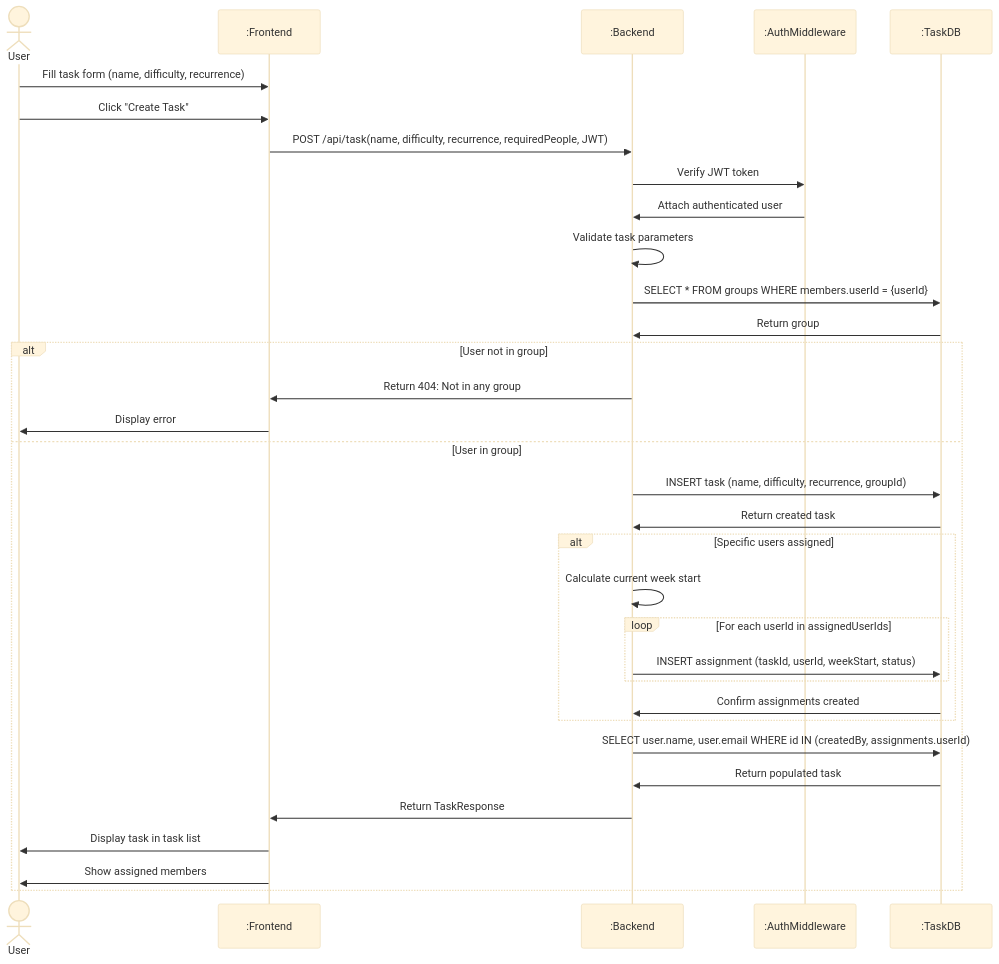
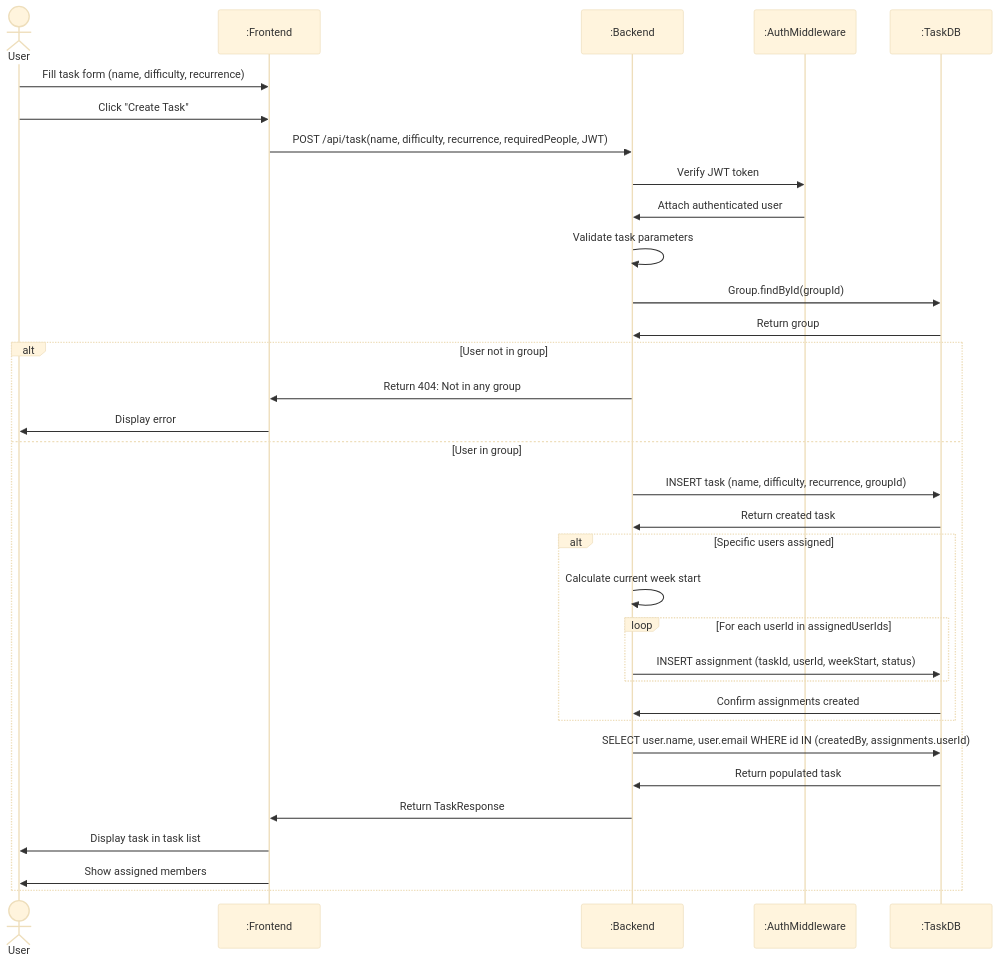
One commit to Lucas-Song-Dev/Cpen321-group-project changed the third of 4 diagrams in documentation/Requirements_and_Design.md. Above: the diagram before and after it, drawn with Mermaid (base theme). The commit also changed other lines of this file, not shown here.

````diff
--- a/documentation/Requirements_and_Design.md
+++ b/documentation/Requirements_and_Design.md
@@ -676,36 +676,36 @@
 ```mermaid
 sequenceDiagram
     actor User
     participant F as :Frontend
     participant B as :Backend
     participant M as :AuthMiddleware
     participant D as :TaskDB
 
     User->>F: Fill task form (name, difficulty, recurrence)
     User->>F: Click "Create Task"
     F->>B: POST /api/task(name, difficulty, recurrence, requiredPeople, JWT)
     B->>M: Verify JWT token
     M->>B: Attach authenticated user
     B->>B: Validate task parameters
-    B->>D: SELECT * FROM groups WHERE members.userId = {userId}
+    B->>D: Group.findById(groupId)
     D->>B: Return group
     alt User not in group
         B->>F: Return 404: Not in any group
         F->>User: Display error
     else User in group
         B->>D: INSERT task (name, difficulty, recurrence, groupId)
         D->>B: Return created task
         alt Specific users assigned
             B->>B: Calculate current week start
             loop For each userId in assignedUserIds
                 B->>D: INSERT assignment (taskId, userId, weekStart, status)
             end
             D->>B: Confirm assignments created
         end
         B->>D: SELECT user.name, user.email WHERE id IN (createdBy, assignments.userId)
         D->>B: Return populated task
         B->>F: Return TaskResponse
         F->>User: Display task in task list
         F->>User: Show assigned members
     end
 ```
````
